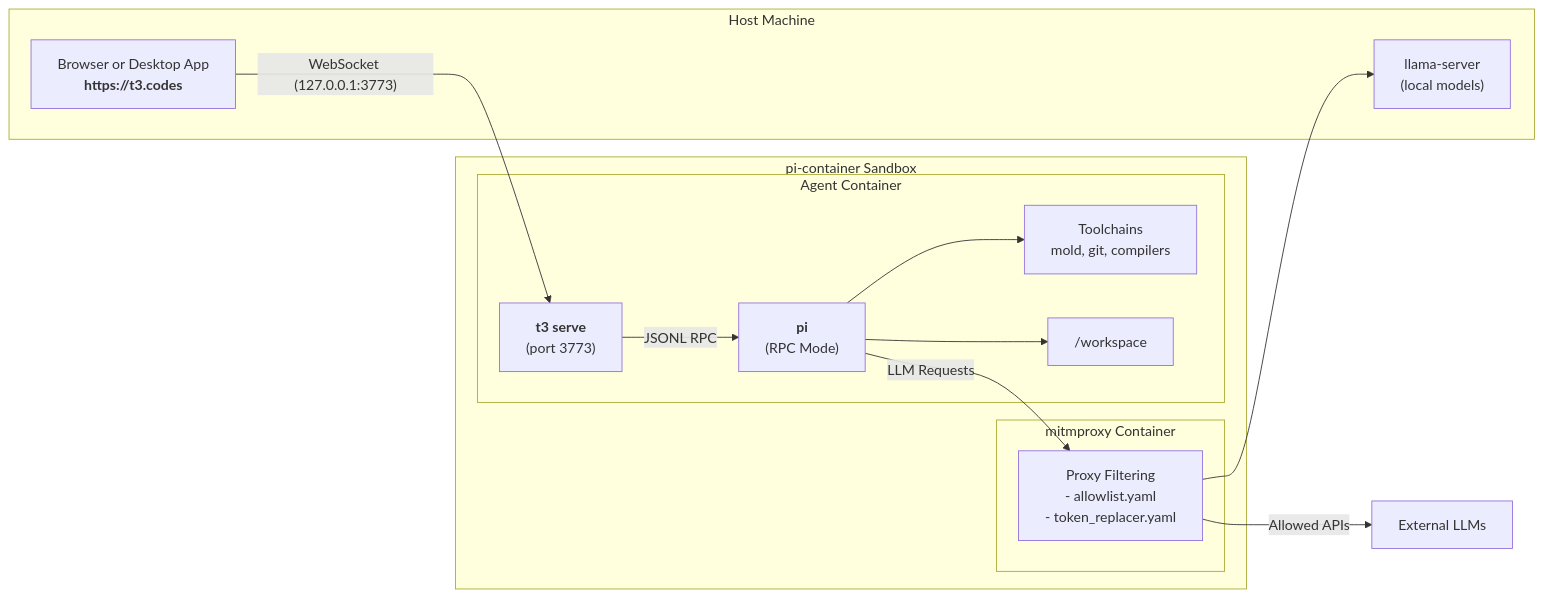
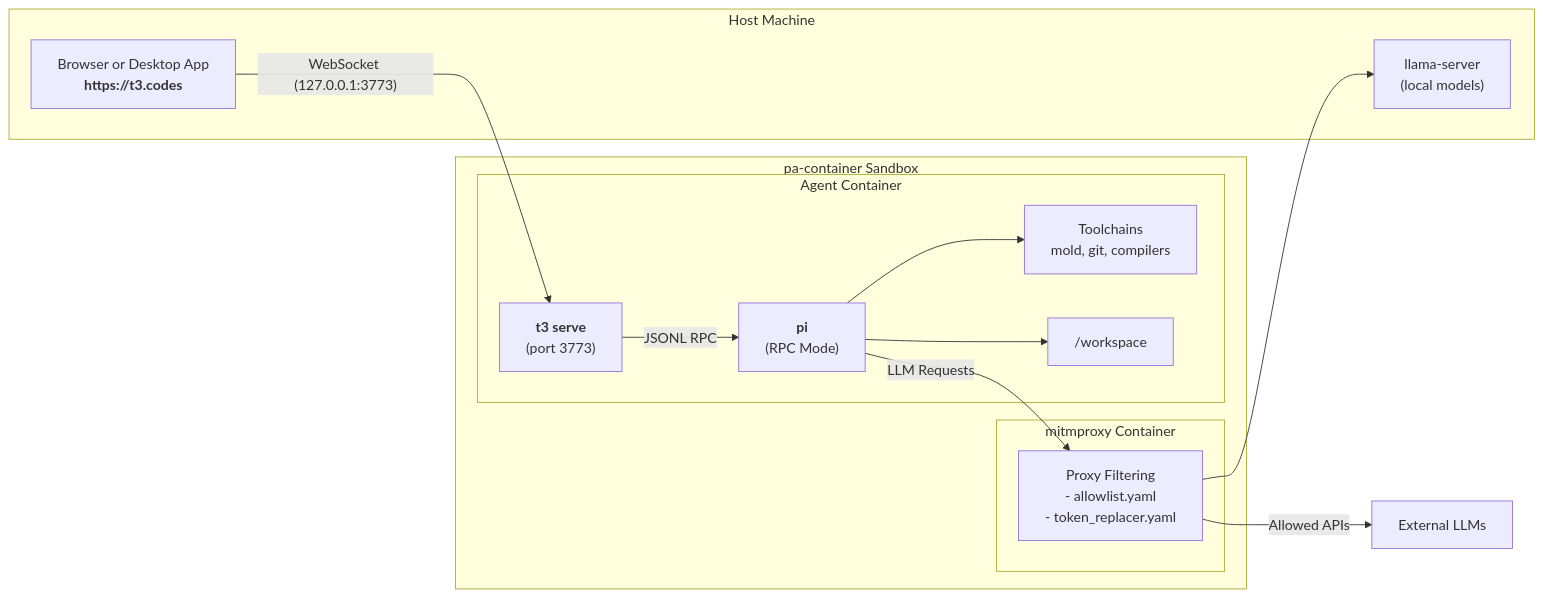
The diagram in docs/t3-code.md (mikkovihonen/pa-container), drawn with Mermaid before and after one commit. The commit also changed other lines of this file and 139 other files, not shown here.

````diff
--- a/docs/t3-code.md
+++ b/docs/t3-code.md
@@ -13,28 +13,28 @@
 ```mermaid
 flowchart LR
     subgraph Host["Host Machine"]
         Browser["Browser or Desktop App<br/><b>https://t3.codes</b>"]
         Llama["llama-server<br/>(local models)"]
     end
 
-    subgraph ContainerStack["pi-container Sandbox"]
+    subgraph ContainerStack["pa-container Sandbox"]
         subgraph Proxy["mitmproxy Container"]
             ProxyFilter["Proxy Filtering<br/>- allowlist.yaml<br/>- token_replacer.yaml"]
         end
 
         subgraph Agent["Agent Container"]
             T3Server["<b>t3 serve</b><br/>(port 3773)"]
             Pi["<b>pi</b><br/>(RPC Mode)"]
             Tools["Toolchains<br/>mold, git, compilers"]
             Workspace["/workspace"]
         end
     end
 
     Browser -- "WebSocket (127.0.0.1:3773)" --> T3Server
     T3Server -- "JSONL RPC" --> Pi
     Pi --> Workspace
     Pi --> Tools
     Pi -- "LLM Requests" --> ProxyFilter
     ProxyFilter --> Llama
     ProxyFilter -- "Allowed APIs" --> RemoteLLM["External LLMs"]
 ```
````
